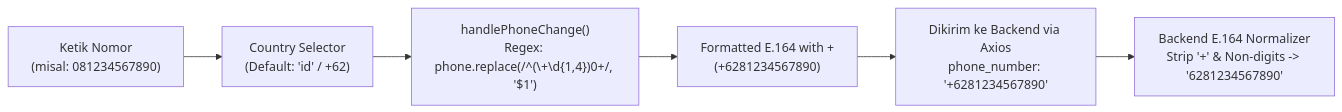
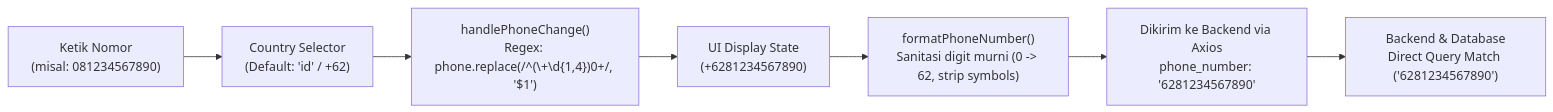
Before and after one commit to azpdschool/toti-cakery-fe: the diagram in project-context/FE/FEATURES_LOGIC.md, drawn with Mermaid. The commit also changed other lines of this file and 8 other files, not shown here.

Commit message:
fix(auth): sanitize phone number payload to pure digits for backend compatibility

````diff
--- a/project-context/FE/FEATURES_LOGIC.md
+++ b/project-context/FE/FEATURES_LOGIC.md
@@ -211,8 +211,9 @@
 ```mermaid
 flowchart LR
     UserInput["Ketik Nomor<br>(misal: 081234567890)"] --> CountrySelect["Country Selector<br>(Default: 'id' / +62)"]
     CountrySelect --> AutoClean["handlePhoneChange()<br>Regex: phone.replace(/^(\+\d{1,4})0+/, '$1')"]
-    AutoClean --> Normalized["Formatted E.164 with +<br>(+6281234567890)"]
-    Normalized --> APISend["Dikirim ke Backend via Axios<br>phone_number: '+6281234567890'"]
-    APISend --> BETransform["Backend E.164 Normalizer<br>Strip '+' & Non-digits -> '6281234567890'"]
+    AutoClean --> UIFormatted["UI Display State<br>(+6281234567890)"]
+    UIFormatted --> FormSanitize["formatPhoneNumber()<br>Sanitasi digit murni (0 -> 62, strip symbols)"]
+    FormSanitize --> APISend["Dikirim ke Backend via Axios<br>phone_number: '6281234567890'"]
+    APISend --> BEDB["Backend & Database<br>Direct Query Match ('6281234567890')"]
 ```
````
